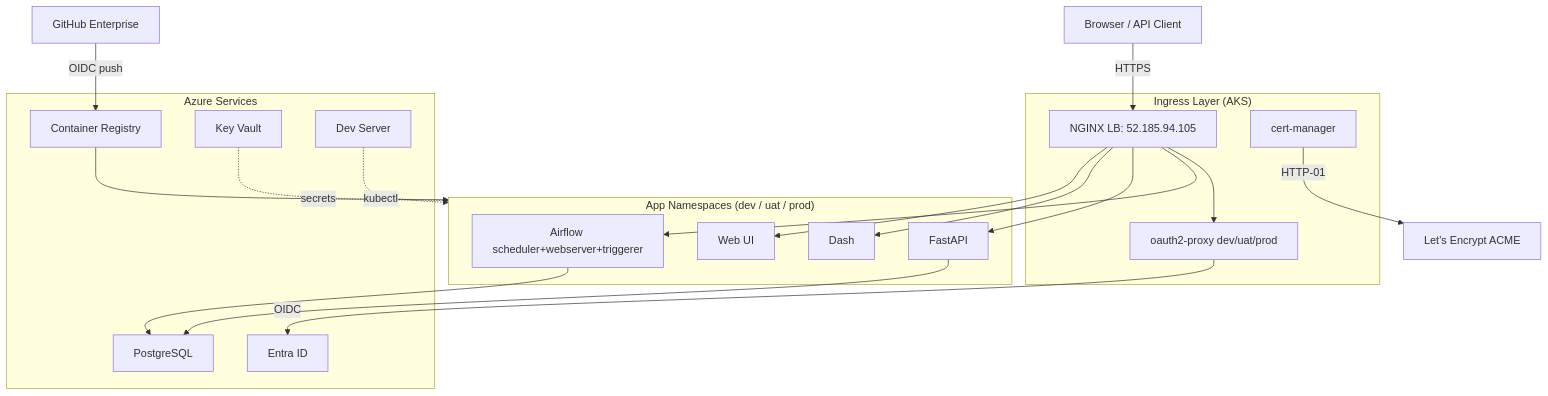
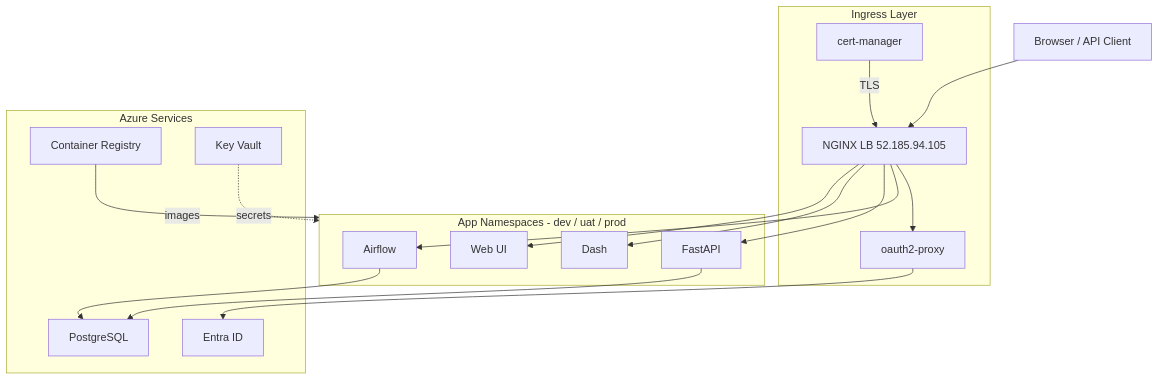
The first of 14 diagrams in docs/mono_slides.md (ColumbiaDataScienceCorporation/eq_tech), drawn with Mermaid before and after one commit.

Commit message:
docs: fix slide 3 diagram layout - chain connections force vertical stacking

````diff
--- a/docs/mono_slides.md
+++ b/docs/mono_slides.md
@@ -59,37 +59,32 @@
 ```mermaid
 graph TB
     Browser[Browser / API Client]
-    GitHub[GitHub Enterprise]
-    LE[Let's Encrypt ACME]
 
-    subgraph Ingress["Ingress Layer (AKS)"]
-        NGINX[NGINX LB: 52.185.94.105]
+    subgraph Ingress["Ingress Layer"]
+        NGINX[NGINX LB 52.185.94.105]
+        PROXY[oauth2-proxy]
         CM[cert-manager]
-        PROXY[oauth2-proxy dev/uat/prod]
     end
 
-    subgraph Namespaces["App Namespaces (dev / uat / prod)"]
-        AIRFLOW[Airflow scheduler+webserver+triggerer]
+    subgraph Apps["App Namespaces - dev / uat / prod"]
+        AIRFLOW[Airflow]
         API[FastAPI]
         DASH[Dash]
         WEB[Web UI]
     end
 
-    subgraph AzureServices["Azure Services"]
+    subgraph Azure["Azure Services"]
         ACR[Container Registry]
         PG[PostgreSQL]
         KV[Key Vault]
         ENTRA[Entra ID]
-        DEVVM[Dev Server]
     end
 
-    Browser -->|HTTPS| NGINX
-    NGINX --> PROXY -->|OIDC| ENTRA
+    Browser --> NGINX
+    NGINX --> PROXY --> ENTRA
     NGINX --> AIRFLOW & API & DASH & WEB
-    CM -->|HTTP-01| LE
-    GitHub -->|OIDC push| ACR
-    ACR --> Namespaces
+    CM -->|TLS| NGINX
+    ACR -->|images| Apps
     API & AIRFLOW --> PG
-    KV -.->|secrets| Namespaces
-    DEVVM -.->|kubectl| Namespaces
+    KV -.->|secrets| Apps
 ```
````
